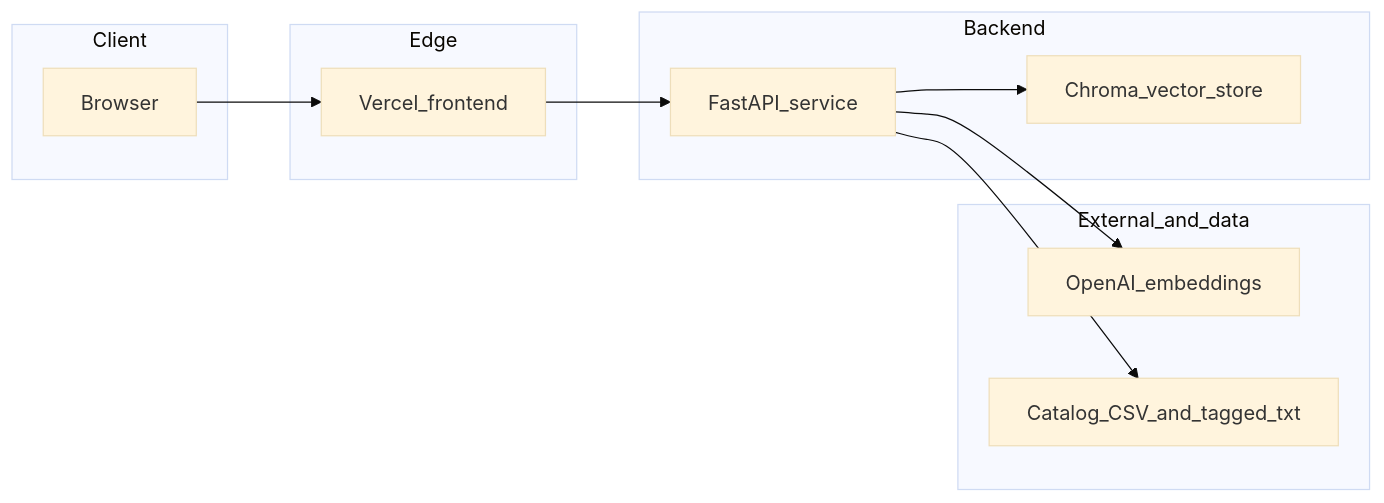
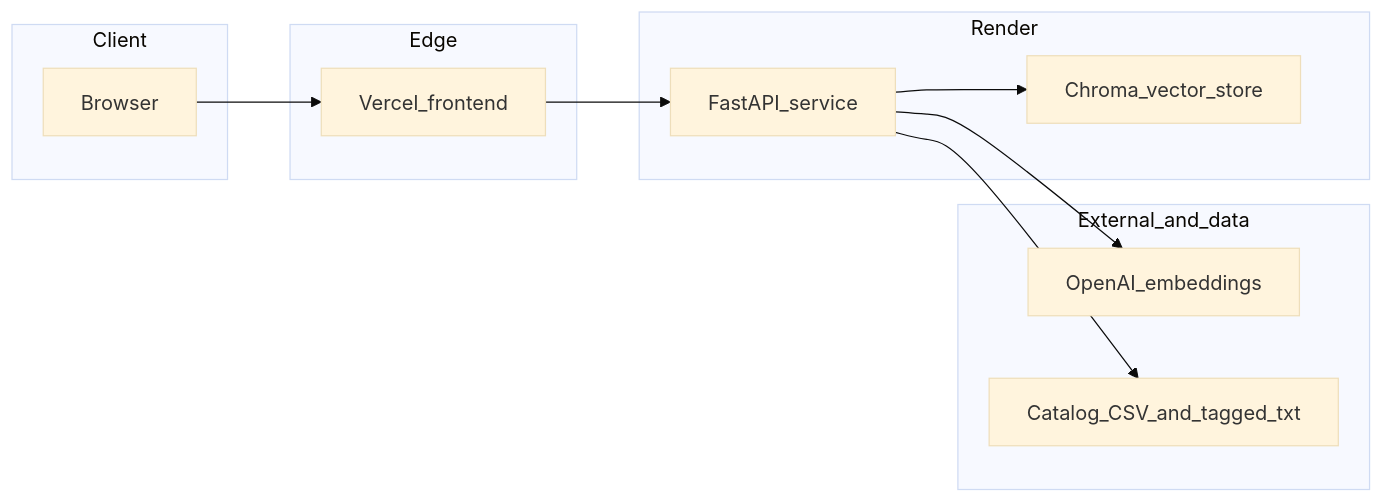
Before and after one commit to SauelAlmonte/book_recommendation: the diagram in README.md, drawn with Mermaid (base theme). The commit also changed other lines of this file and 1 other file, not shown here.

````diff
--- a/README.md
+++ b/README.md
@@ -24,23 +24,23 @@
 ```mermaid
 flowchart LR
   subgraph clientLayer [Client]
     Browser[Browser]
   end
   subgraph edgeLayer [Edge]
     VercelApp[Vercel_frontend]
   end
-  subgraph backendLayer [Backend]
+  subgraph backendLayer [Render]
     FastAPI[FastAPI_service]
     ChromaStore[Chroma_vector_store]
   end
   subgraph external [External_and_data]
     OpenAI[OpenAI_embeddings]
     CatalogFiles[Catalog_CSV_and_tagged_txt]
   end
 
   Browser --> VercelApp
   VercelApp --> FastAPI
   FastAPI --> OpenAI
   FastAPI --> ChromaStore
   FastAPI --> CatalogFiles
 ```
````
